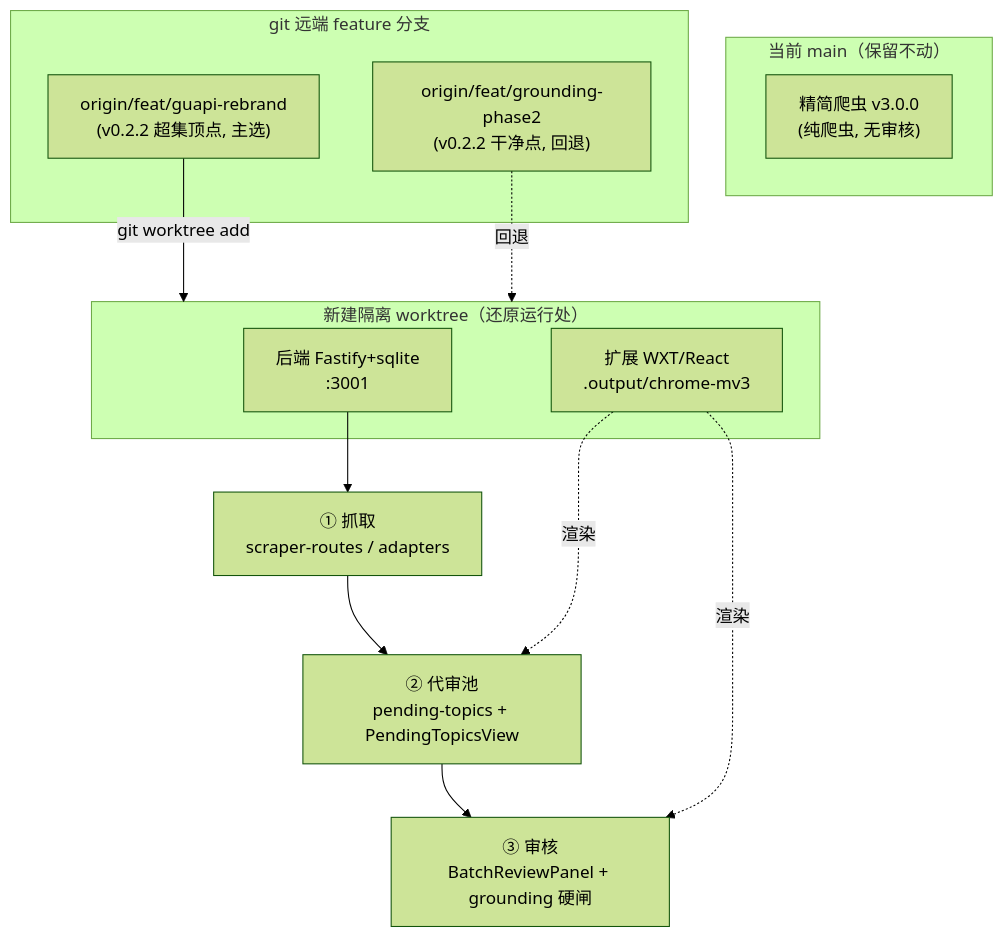
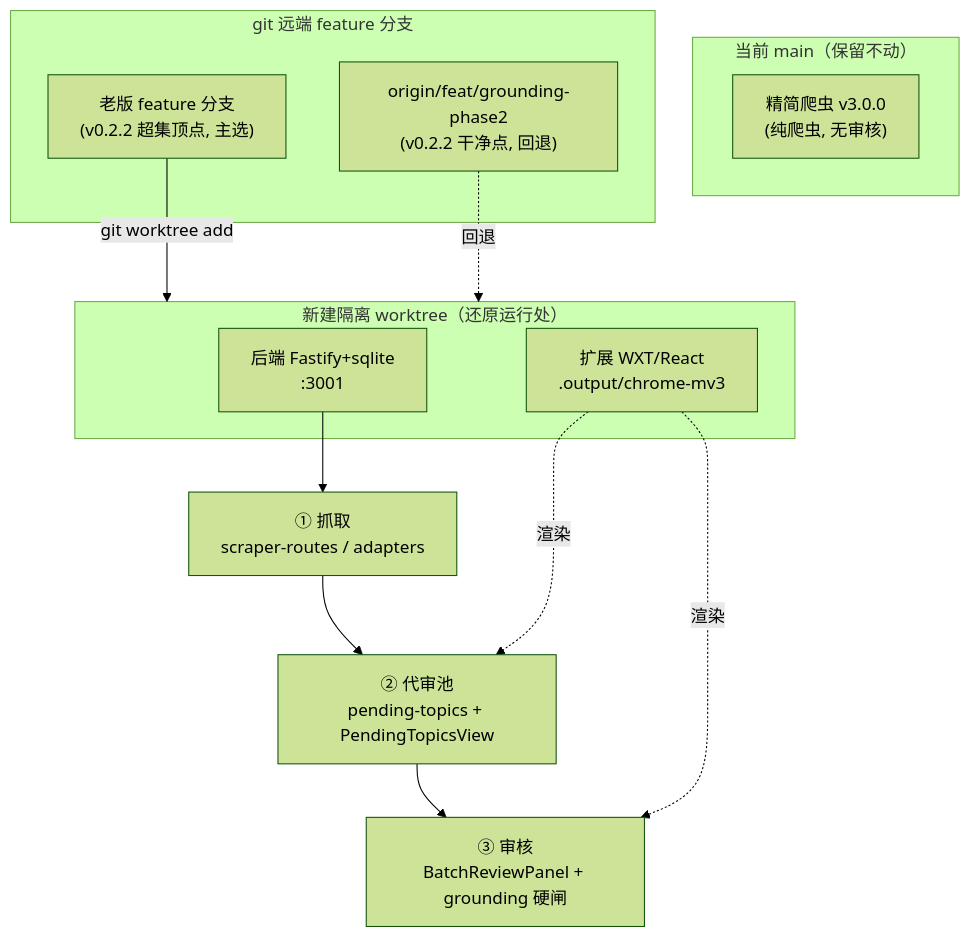
One commit to redredchen02-rgb/51publisher changed the first of 2 diagrams in docs/plans/2026-06-18-002-fix-restore-scrape-review-pipeline-plan.md. Above: the diagram before and after it, drawn with Mermaid (forest theme). The commit also changed other lines of this file and 1 other file, not shown here.

Commit message:
docs: remove stale rebrand naming from plan and runbook

````diff
--- a/docs/plans/2026-06-18-002-fix-restore-scrape-review-pipeline-plan.md
+++ b/docs/plans/2026-06-18-002-fix-restore-scrape-review-pipeline-plan.md
@@ -101,21 +101,21 @@
 ```mermaid
 flowchart TB
   subgraph NOW["当前 main（保留不动）"]
     S0["精简爬虫 v3.0.0<br/>(纯爬虫, 无审核)"]
   end
   subgraph GIT["git 远端 feature 分支"]
-    G1["origin/feat/guapi-rebrand<br/>(v0.2.2 超集顶点, 主选)"]
+    G1["老版 feature 分支<br/>(v0.2.2 超集顶点, 主选)"]
     G2["origin/feat/grounding-phase2<br/>(v0.2.2 干净点, 回退)"]
   end
   subgraph WT["新建隔离 worktree（还原运行处）"]
     B["后端 Fastify+sqlite<br/>:3001"]
     E["扩展 WXT/React<br/>.output/chrome-mv3"]
   end
   G1 -->|git worktree add| WT
   G2 -.回退.-> WT
   B --> P1["① 抓取<br/>scraper-routes / adapters"]
   P1 --> P2["② 代审池<br/>pending-topics + PendingTopicsView"]
   P2 --> P3["③ 审核<br/>BatchReviewPanel + grounding 硬闸"]
   E -.渲染.-> P2
   E -.渲染.-> P3
 ```
````
